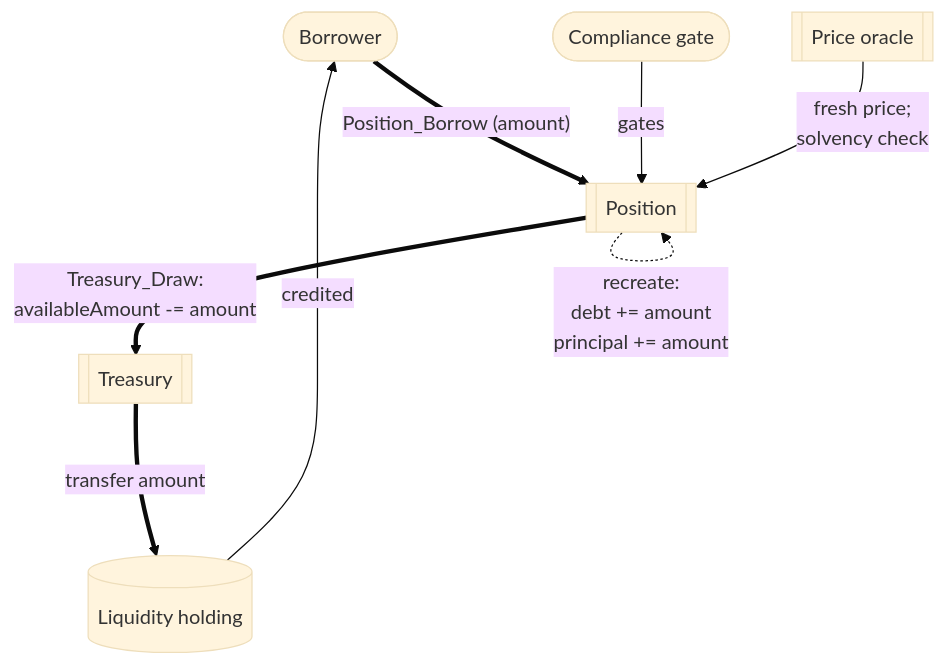
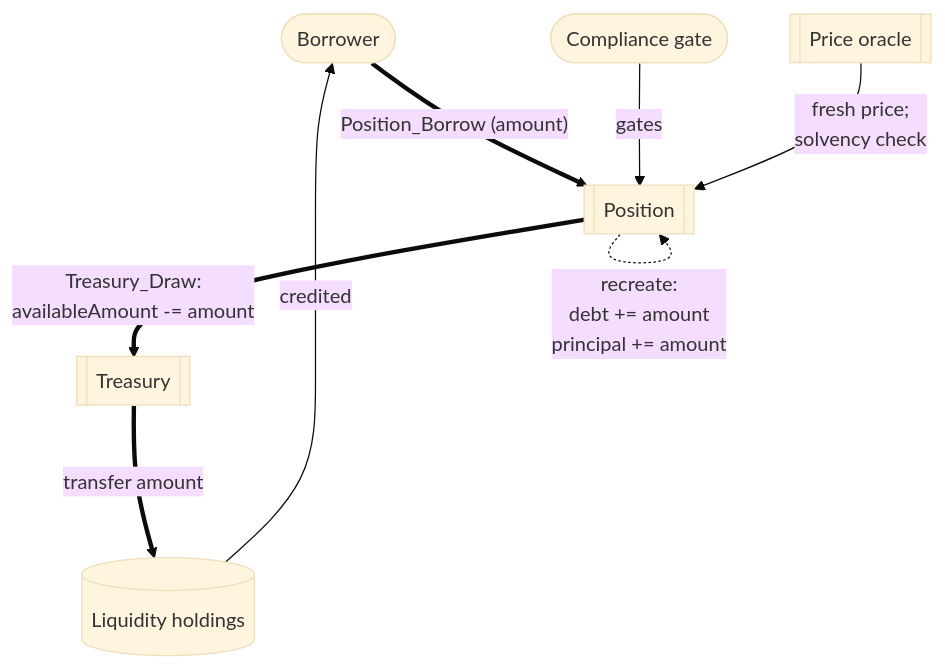
Before and after one commit to OpenZeppelin/canton-specs: the third of 7 diagrams in docs/reference-architectures/lending.md, drawn with Mermaid (base theme). The commit also changed other lines of this file, not shown here.

````diff
--- a/docs/reference-architectures/lending.md
+++ b/docs/reference-architectures/lending.md
@@ -281,17 +294,17 @@
 ```mermaid
 flowchart TD
     Borrower([Borrower])
     Compliance(["Compliance gate"])
     Oracle[["Price oracle"]]
     Position[["Position"]]
     Treasury[["Treasury"]]
-    Liquidity[("Liquidity holding")]
+    Liquidity[("Liquidity holdings")]
 
     Borrower ==>|"Position_Borrow (amount)"| Position
     Compliance -->|"gates"| Position
     Oracle -->|"fresh price;<br/>solvency check"| Position
     Position ==>|"Treasury_Draw:<br/>availableAmount -= amount"| Treasury
     Treasury ==>|"transfer amount"| Liquidity
     Liquidity -->|"credited"| Borrower
     Position -.->|"recreate:<br/>debt += amount<br/>principal += amount"| Position
 ```
````
